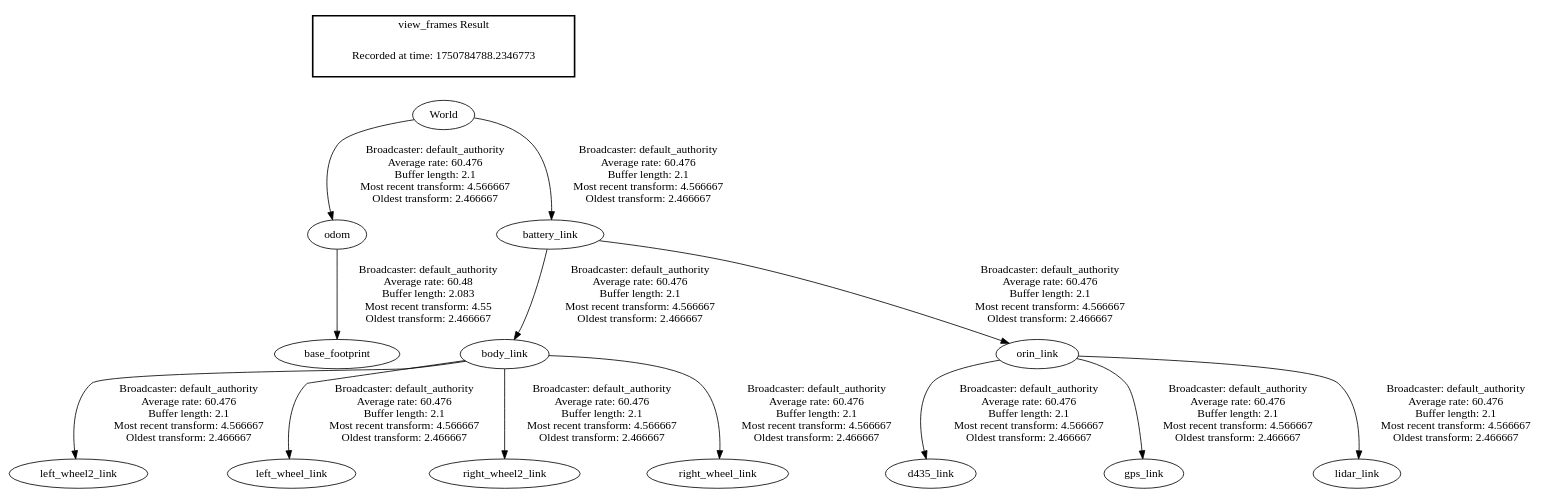
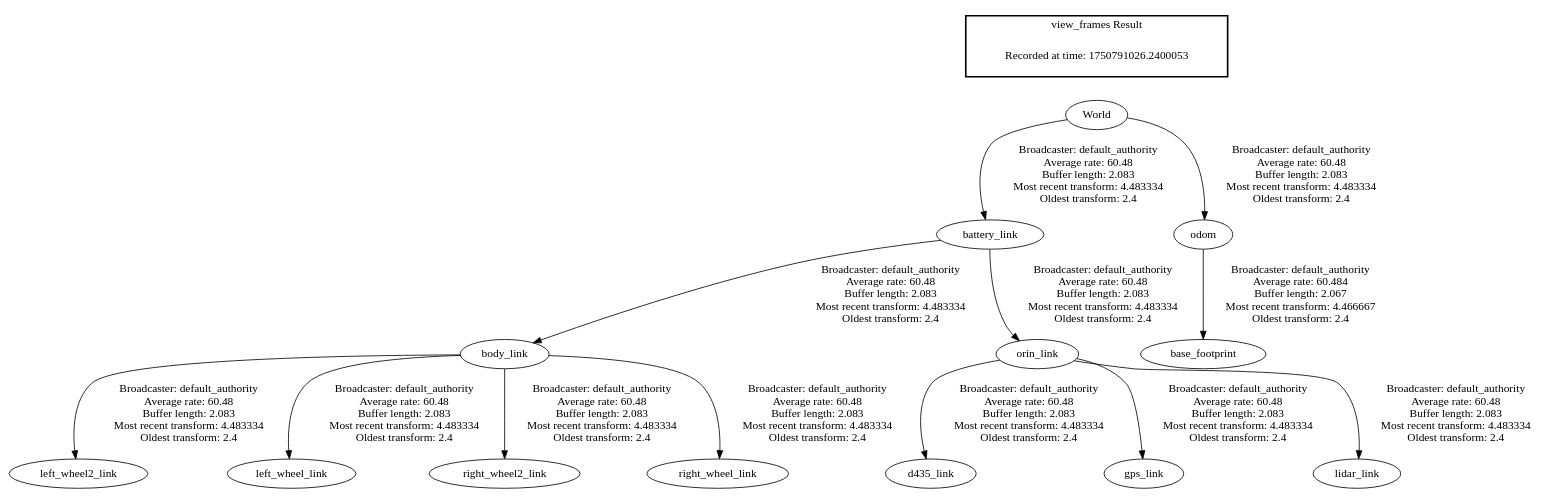
One commit to StuartGJohnson/differential_drive_test changed the diagram in sim_check/isaac/frames_isaacsim.gv. Above: the diagram before and after it, drawn with Graphviz. The commit also changed 72 other files, not shown here.

```diff
--- a/sim_check/isaac/frames_isaacsim.gv
+++ b/sim_check/isaac/frames_isaacsim.gv
@@ -1,18 +1,18 @@
 digraph G {
-"World" -> "odom"[label=" Broadcaster: default_authority\nAverage rate: 60.476\nBuffer length: 2.1\nMost recent transform: 4.566667\nOldest transform: 2.466667\n"];
-"odom" -> "base_footprint"[label=" Broadcaster: default_authority\nAverage rate: 60.48\nBuffer length: 2.083\nMost recent transform: 4.55\nOldest transform: 2.466667\n"];
-"World" -> "battery_link"[label=" Broadcaster: default_authority\nAverage rate: 60.476\nBuffer length: 2.1\nMost recent transform: 4.566667\nOldest transform: 2.466667\n"];
-"battery_link" -> "body_link"[label=" Broadcaster: default_authority\nAverage rate: 60.476\nBuffer length: 2.1\nMost recent transform: 4.566667\nOldest transform: 2.466667\n"];
-"battery_link" -> "orin_link"[label=" Broadcaster: default_authority\nAverage rate: 60.476\nBuffer length: 2.1\nMost recent transform: 4.566667\nOldest transform: 2.466667\n"];
-"body_link" -> "left_wheel2_link"[label=" Broadcaster: default_authority\nAverage rate: 60.476\nBuffer length: 2.1\nMost recent transform: 4.566667\nOldest transform: 2.466667\n"];
-"body_link" -> "left_wheel_link"[label=" Broadcaster: default_authority\nAverage rate: 60.476\nBuffer length: 2.1\nMost recent transform: 4.566667\nOldest transform: 2.466667\n"];
-"body_link" -> "right_wheel2_link"[label=" Broadcaster: default_authority\nAverage rate: 60.476\nBuffer length: 2.1\nMost recent transform: 4.566667\nOldest transform: 2.466667\n"];
-"body_link" -> "right_wheel_link"[label=" Broadcaster: default_authority\nAverage rate: 60.476\nBuffer length: 2.1\nMost recent transform: 4.566667\nOldest transform: 2.466667\n"];
-"orin_link" -> "d435_link"[label=" Broadcaster: default_authority\nAverage rate: 60.476\nBuffer length: 2.1\nMost recent transform: 4.566667\nOldest transform: 2.466667\n"];
-"orin_link" -> "gps_link"[label=" Broadcaster: default_authority\nAverage rate: 60.476\nBuffer length: 2.1\nMost recent transform: 4.566667\nOldest transform: 2.466667\n"];
-"orin_link" -> "lidar_link"[label=" Broadcaster: default_authority\nAverage rate: 60.476\nBuffer length: 2.1\nMost recent transform: 4.566667\nOldest transform: 2.466667\n"];
+"World" -> "battery_link"[label=" Broadcaster: default_authority\nAverage rate: 60.48\nBuffer length: 2.083\nMost recent transform: 4.483334\nOldest transform: 2.4\n"];
+"battery_link" -> "body_link"[label=" Broadcaster: default_authority\nAverage rate: 60.48\nBuffer length: 2.083\nMost recent transform: 4.483334\nOldest transform: 2.4\n"];
+"battery_link" -> "orin_link"[label=" Broadcaster: default_authority\nAverage rate: 60.48\nBuffer length: 2.083\nMost recent transform: 4.483334\nOldest transform: 2.4\n"];
+"body_link" -> "left_wheel2_link"[label=" Broadcaster: default_authority\nAverage rate: 60.48\nBuffer length: 2.083\nMost recent transform: 4.483334\nOldest transform: 2.4\n"];
+"body_link" -> "left_wheel_link"[label=" Broadcaster: default_authority\nAverage rate: 60.48\nBuffer length: 2.083\nMost recent transform: 4.483334\nOldest transform: 2.4\n"];
+"body_link" -> "right_wheel2_link"[label=" Broadcaster: default_authority\nAverage rate: 60.48\nBuffer length: 2.083\nMost recent transform: 4.483334\nOldest transform: 2.4\n"];
+"body_link" -> "right_wheel_link"[label=" Broadcaster: default_authority\nAverage rate: 60.48\nBuffer length: 2.083\nMost recent transform: 4.483334\nOldest transform: 2.4\n"];
+"orin_link" -> "d435_link"[label=" Broadcaster: default_authority\nAverage rate: 60.48\nBuffer length: 2.083\nMost recent transform: 4.483334\nOldest transform: 2.4\n"];
+"orin_link" -> "gps_link"[label=" Broadcaster: default_authority\nAverage rate: 60.48\nBuffer length: 2.083\nMost recent transform: 4.483334\nOldest transform: 2.4\n"];
+"orin_link" -> "lidar_link"[label=" Broadcaster: default_authority\nAverage rate: 60.48\nBuffer length: 2.083\nMost recent transform: 4.483334\nOldest transform: 2.4\n"];
+"World" -> "odom"[label=" Broadcaster: default_authority\nAverage rate: 60.48\nBuffer length: 2.083\nMost recent transform: 4.483334\nOldest transform: 2.4\n"];
+"odom" -> "base_footprint"[label=" Broadcaster: default_authority\nAverage rate: 60.484\nBuffer length: 2.067\nMost recent transform: 4.466667\nOldest transform: 2.4\n"];
 edge [style=invis];
  subgraph cluster_legend { style=bold; color=black; label ="view_frames Result";
-"Recorded at time: 1750784788.2346773"[ shape=plaintext ] ;
+"Recorded at time: 1750791026.2400053"[ shape=plaintext ] ;
 }->"World";
 }
```
